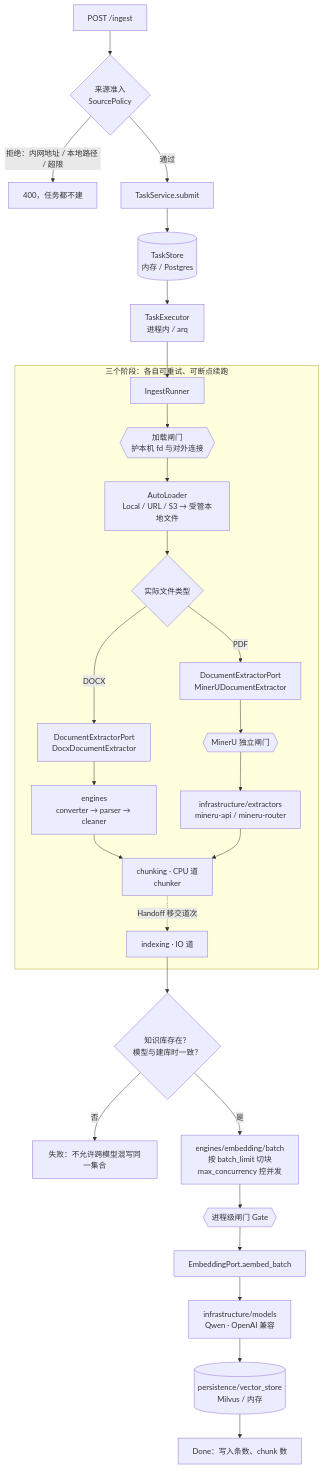
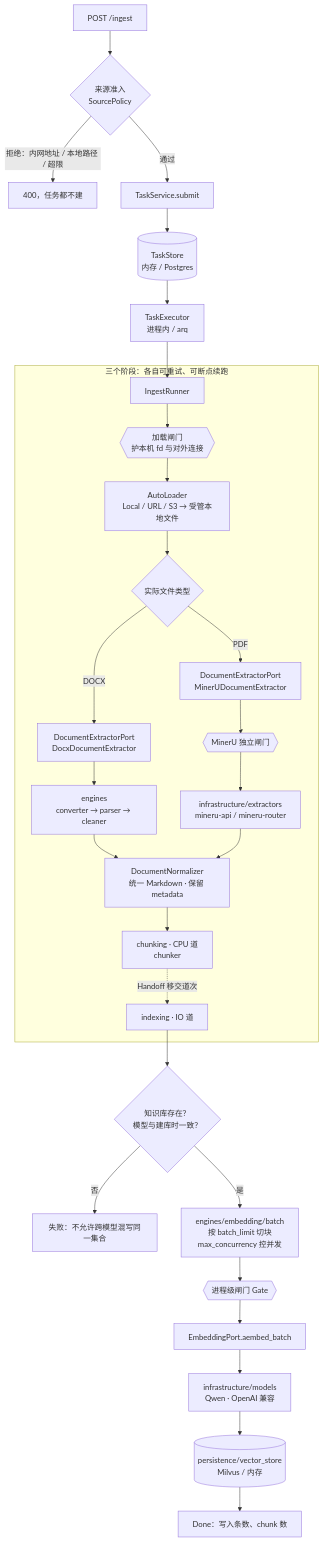
The second of 3 diagrams in docs/structure.md (comet-7x/comet-rag), drawn with Mermaid before and after one commit. The commit also changed other lines of this file and 43 other files, not shown here.

````diff
--- a/docs/structure.md
+++ b/docs/structure.md
@@ -121,32 +122,33 @@
 ```mermaid
 flowchart TD
     A["POST /ingest"] --> P{"来源准入<br/>SourcePolicy"}
     P -->|"拒绝：内网地址 / 本地路径 / 超限"| PX["400，任务都不建"]
     P -->|通过| B["TaskService.submit"]
     B --> C[("TaskStore<br/>内存 / Postgres")]
     C --> D["TaskExecutor<br/>进程内 / arq"]
     D --> E["IngestRunner"]
 
     subgraph ST["三个阶段：各自可重试、可断点续跑"]
         E --> LG{{"加载闸门<br/>护本机 fd 与对外连接"}}
         LG --> F["AutoLoader<br/>Local / URL / S3 → 受管本地文件"]
         F --> T{"实际文件类型"}
         T -->|DOCX| DX["DocumentExtractorPort<br/>DocxDocumentExtractor"]
         T -->|PDF| DP["DocumentExtractorPort<br/>MinerUDocumentExtractor"]
         DX --> DOCX["engines<br/>converter → parser → cleaner"]
         DP --> MG{{"MinerU 独立闸门"}}
         MG --> MU["infrastructure/extractors<br/>mineru-api / mineru-router"]
-        DOCX --> G["chunking · CPU 道<br/>chunker"]
-        MU --> G
+        DOCX --> N["DocumentNormalizer<br/>统一 Markdown · 保留 metadata"]
+        MU --> N
+        N --> G["chunking · CPU 道<br/>chunker"]
         G -.->|"Handoff 移交道次"| H["indexing · IO 道"]
     end
 
     H --> KB{"知识库存在？<br/>模型与建库时一致？"}
     KB -->|否| KBX["失败：不允许跨模型混写同一集合"]
     KB -->|是| I["engines/embedding/batch<br/>按 batch_limit 切块<br/>max_concurrency 控并发"]
     I --> GATE{{"进程级闸门 Gate"}}
     GATE --> J["EmbeddingPort.aembed_batch"]
     J --> K["infrastructure/models<br/>Qwen · OpenAI 兼容"]
     K --> L[("persistence/vector_store<br/>Milvus / 内存")]
     L --> M["Done：写入条数、chunk 数"]
 ```
````
